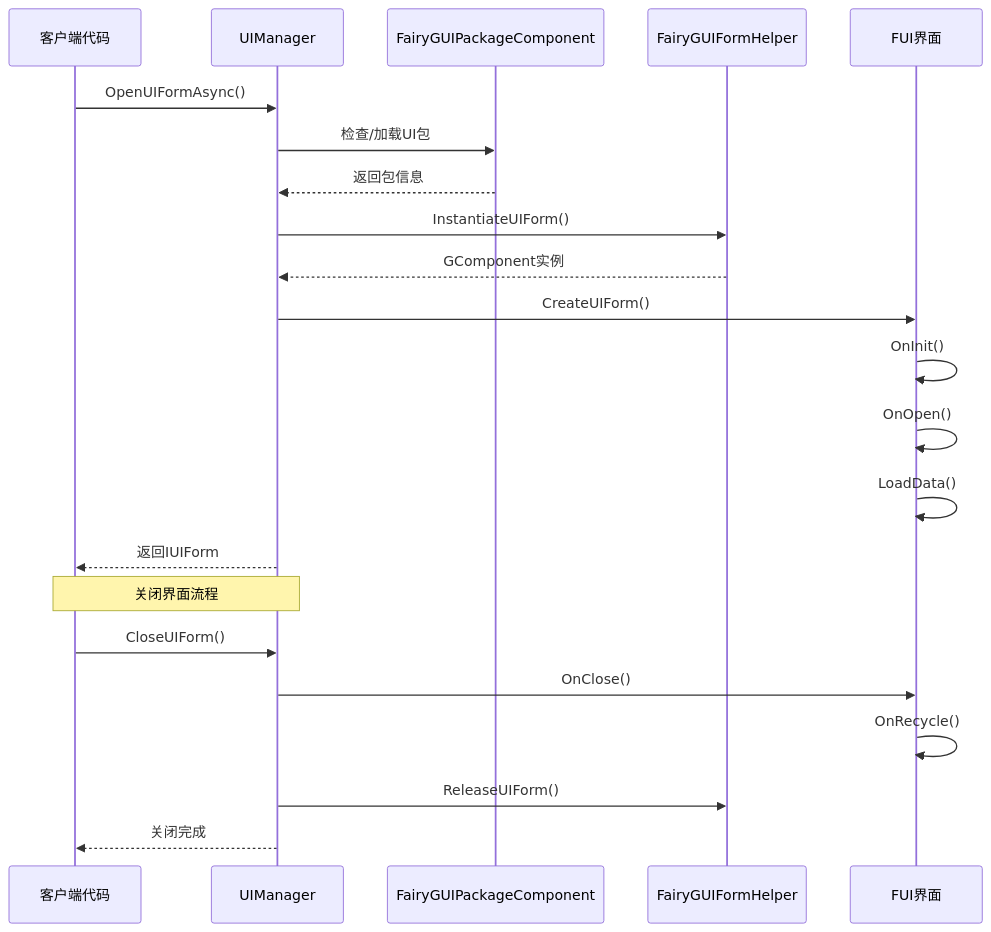
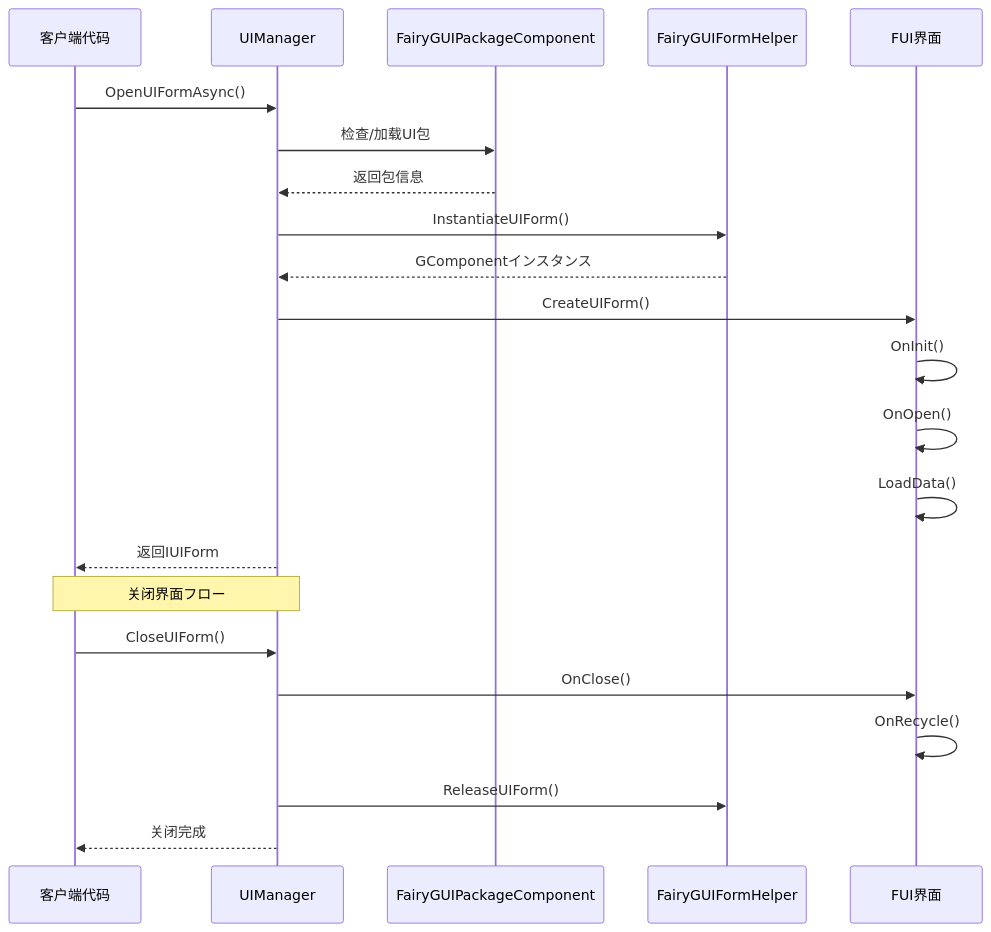
Before and after one commit to AlianBlank/GameFrameX.Docs: the second of 2 diagrams in docs/ja/client/unity/component/ui-fairygui/04.features.md, drawn with Mermaid. The commit also changed other lines of this file and 603 other files, not shown here.

````diff
--- a/docs/ja/client/unity/component/ui-fairygui/04.features.md
+++ b/docs/ja/client/unity/component/ui-fairygui/04.features.md
@@ -110,27 +110,27 @@
 ```mermaid
 sequenceDiagram
     participant Client as 客户端代码
     participant UIMgr as UIManager
     participant Package as FairyGUIPackageComponent
     participant FormHelper as FairyGUIFormHelper
     participant UIForm as FUI界面
 
     Client->>UIMgr: OpenUIFormAsync()
     UIMgr->>Package: 检查/加载UI包
     Package-->>UIMgr: 返回包信息
     UIMgr->>FormHelper: InstantiateUIForm()
-    FormHelper-->>UIMgr: GComponent实例
+    FormHelper-->>UIMgr: GComponentインスタンス
     UIMgr->>UIForm: CreateUIForm()
     UIForm->>UIForm: OnInit()
     UIForm->>UIForm: OnOpen()
     UIForm->>UIForm: LoadData()
     UIMgr-->>Client: 返回IUIForm
 
-    Note over Client,UIMgr: 关闭界面流程
+    Note over Client,UIMgr: 关闭界面フロー
     
     Client->>UIMgr: CloseUIForm()
     UIMgr->>UIForm: OnClose()
     UIForm->>UIForm: OnRecycle()
     UIMgr->>FormHelper: ReleaseUIForm()
     UIMgr-->>Client: 关闭完成
 ```
````
